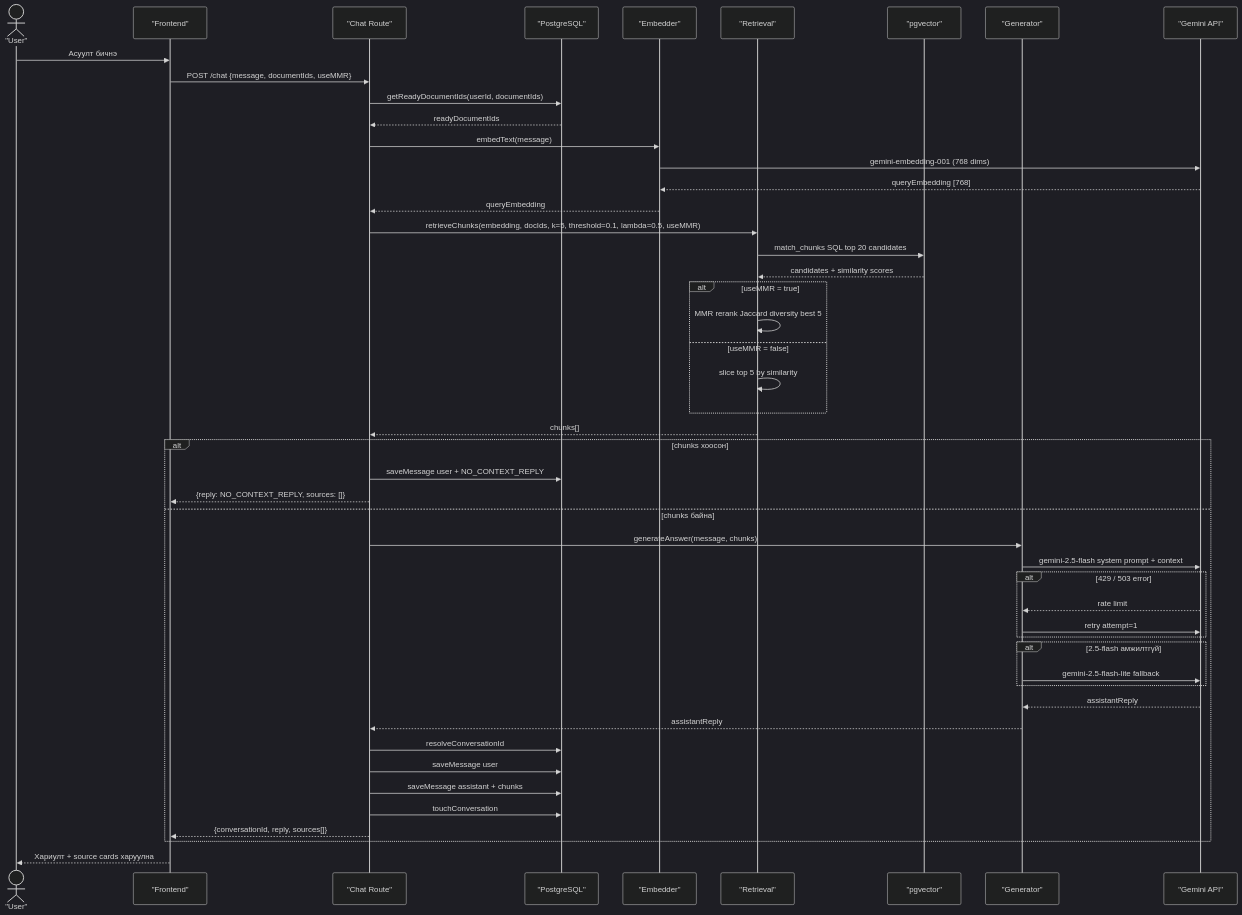
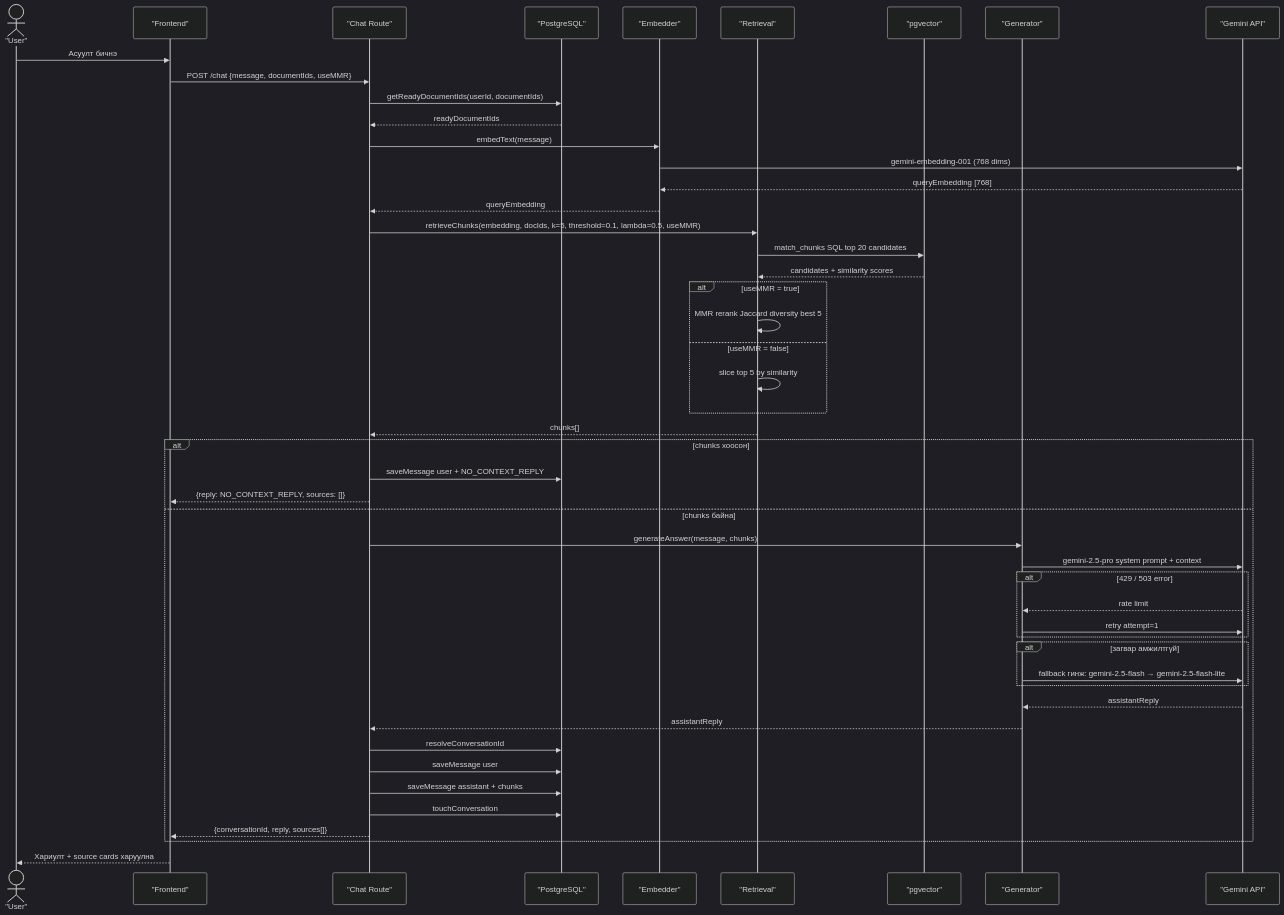
The diagram in docs/diagrams/sequence/chat-workflow.md (Tengis01/rag_chatbot), drawn with Mermaid (dark theme) before and after one commit. The commit also changed 21 other files, not shown here.

Commit message:
diagrams: full standard set (ER, use-case, state, auth, deployment, C4) in docs + report figures

````diff
--- a/docs/diagrams/sequence/chat-workflow.md
+++ b/docs/diagrams/sequence/chat-workflow.md
@@ -7,64 +7,64 @@
 ```mermaid
 sequenceDiagram
     actor User as "User"
     participant UI as "Frontend"
     participant API as "Chat Route"
     participant DB as "PostgreSQL"
     participant Emb as "Embedder"
     participant Ret as "Retrieval"
     participant PGV as "pgvector"
 participant Gen as "Generator"
     participant Gem as "Gemini API"
 
     User->>UI: Асуулт бичнэ
     UI->>API: POST /chat {message, documentIds, useMMR}
 
     API->>DB: getReadyDocumentIds(userId, documentIds)
     DB-->>API: readyDocumentIds
 
     API->>Emb: embedText(message)
     Emb->>Gem: gemini-embedding-001 (768 dims)
     Gem-->>Emb: queryEmbedding [768]
     Emb-->>API: queryEmbedding
 
     API->>Ret: retrieveChunks(embedding, docIds, k=5, threshold=0.1, lambda=0.5, useMMR)
     Ret->>PGV: match_chunks SQL top 20 candidates
     PGV-->>Ret: candidates + similarity scores
 
     alt useMMR = true
         Ret->>Ret: MMR rerank Jaccard diversity best 5
     else useMMR = false
         Ret->>Ret: slice top 5 by similarity
     end
 
     Ret-->>API: chunks[]
 
     alt chunks хоосон
         API->>DB: saveMessage user + NO_CONTEXT_REPLY
         API-->>UI: {reply: NO_CONTEXT_REPLY, sources: []}
     else chunks байна
         API->>Gen: generateAnswer(message, chunks)
-        Gen->>Gem: gemini-2.5-flash system prompt + context
+        Gen->>Gem: gemini-2.5-pro system prompt + context
 
         alt 429 / 503 error
             Gem-->>Gen: rate limit
             Gen->>Gem: retry attempt=1
         end
 
-        alt 2.5-flash амжилтгүй
-            Gen->>Gem: gemini-2.5-flash-lite fallback
+        alt загвар амжилтгүй
+            Gen->>Gem: fallback гинж: gemini-2.5-flash → gemini-2.5-flash-lite
         end
 
         Gem-->>Gen: assistantReply
         Gen-->>API: assistantReply
 
         API->>DB: resolveConversationId
         API->>DB: saveMessage user
         API->>DB: saveMessage assistant + chunks
         API->>DB: touchConversation
 
         API-->>UI: {conversationId, reply, sources[]}
     end
 
     UI-->>User: Хариулт + source cards харуулна
 ```
````
